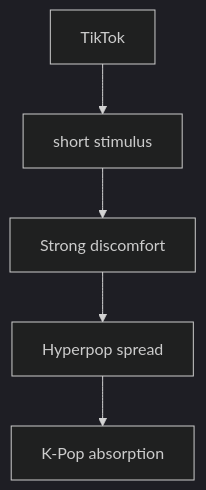
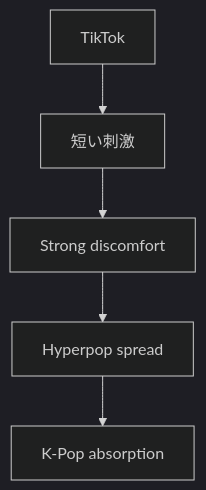
Before and after one commit to monumental-movement/monumental-movement.github.io: the ninth of 17 diagrams in en/_posts/2026-05-24-column-k-pop-indie-electronica.md, drawn with Mermaid (dark theme). The commit also changed other lines of this file and 2196 other files, not shown here.

```diff
--- a/en/_posts/2026-05-24-column-k-pop-indie-electronica.md
+++ b/en/_posts/2026-05-24-column-k-pop-indie-electronica.md
@@ -304,7 +304,7 @@
 <div class="mermaid">
 flowchart TD
-A["TikTok"] --> B["short stimulus"]
+A["TikTok"] --> B["短い刺激"]
 B --> C["Strong discomfort"]
 C --> D["Hyperpop spread"]
 D --> E["K-Pop absorption"]
 </div>
```
